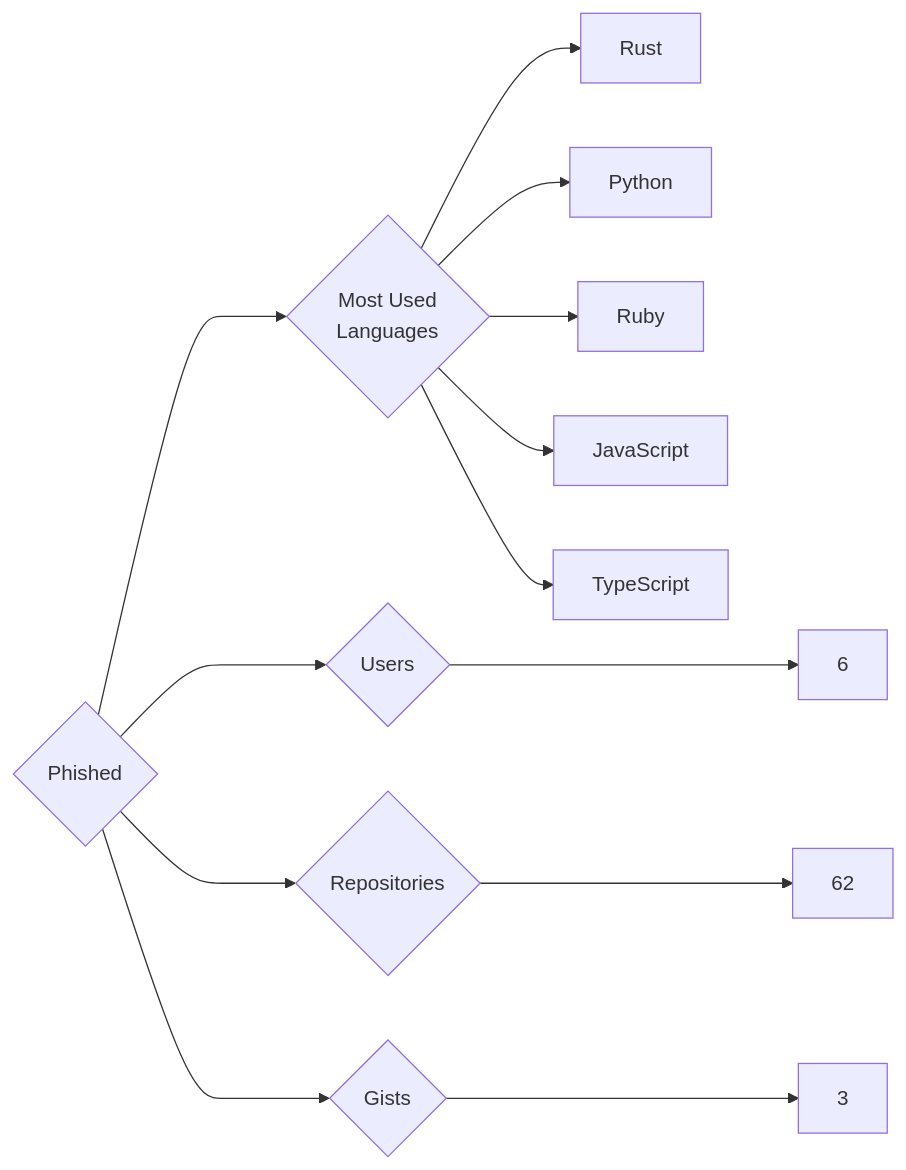
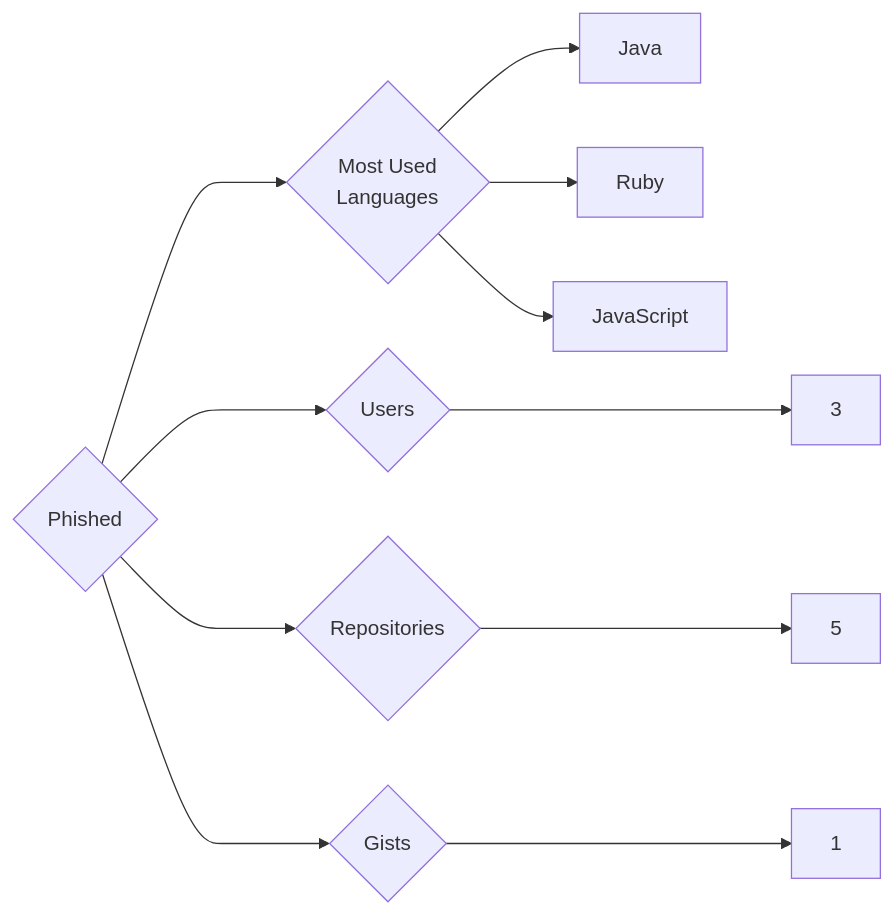
Before and after one commit to trickest/insiders: the diagram in targets/Phished/README.md, drawn with Mermaid. The commit also changed 1389 other files, not shown here.

````diff
--- a/targets/Phished/README.md
+++ b/targets/Phished/README.md
@@ -3,13 +3,11 @@
 ```mermaid
 graph LR
 COMPANY_NAME{Phished}
-COMPANY_NAME ---> U{Users} ---> UN[6]
-COMPANY_NAME ---> R{Repositories} ---> RN[62]
-COMPANY_NAME ---> G{Gists} ---> GN[3]
+COMPANY_NAME ---> U{Users} ---> UN[3]
+COMPANY_NAME ---> R{Repositories} ---> RN[5]
+COMPANY_NAME ---> G{Gists} ---> GN[1]
 COMPANY_NAME ---> ML{Most Used<br>Languages}
-ML --> Rust[Rust]
-ML --> Python[Python]
+ML --> Java[Java]
 ML --> Ruby[Ruby]
 ML --> JavaScript[JavaScript]
-ML --> TypeScript[TypeScript]
 ```
````
